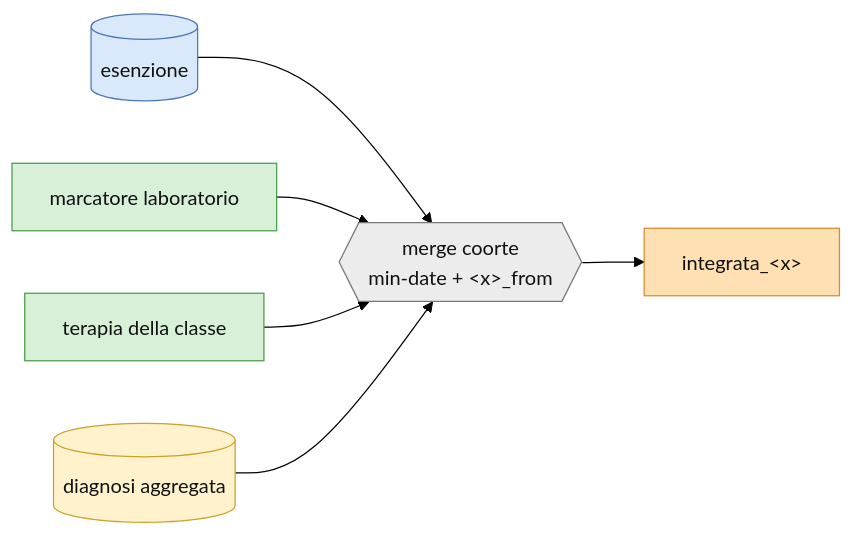
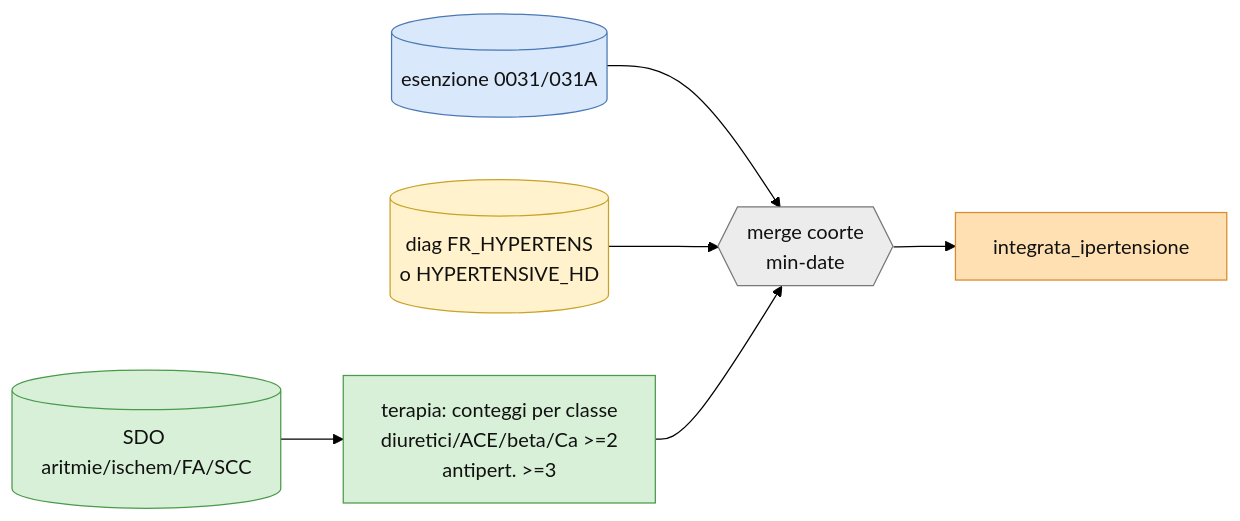
Before and after one commit to arjunascagnetto/OCVTS: the tenth of 27 diagrams in OCVTS.md, drawn with Mermaid (forest theme). The commit also changed other lines of this file, not shown here.

First line of the commit message:
Diagnosi: espanse SCC, FA, ipertensione, dislipidemia, anemia, RCVMA, ipercol familiare, microalbuminuria, obesita (+ diagrammi)

````diff
--- a/OCVTS.md
+++ b/OCVTS.md
@@ -640,13 +672,13 @@
 ```mermaid
 flowchart LR
-  esen[(esenzione)]:::l0 --> MIN{{merge coorte<br/>min-date + &lt;x&gt;_from}}:::tf
-  lab[marcatore laboratorio]:::l1 --> MIN
-  far[terapia della classe]:::l1 --> MIN
-  dg[(diagnosi aggregata)]:::l2 --> MIN
-  MIN --> OUT[integrata_&lt;x&gt;]:::out
+  ese[(esenzione 0031/031A)]:::l0 --> MIN{{merge coorte<br/>min-date}}:::tf
+  dia[(diag FR_HYPERTENS<br/>o HYPERTENSIVE_HD)]:::l2 --> MIN
+  far[terapia: conteggi per classe<br/>diuretici/ACE/beta/Ca >=2<br/>antipert. >=3]:::l1 --> MIN
+  sdo[(SDO aritmie/ischem/FA/SCC)]:::l1 --> far
+  MIN --> OUT[integrata_ipertensione]:::out
   classDef l0 fill:#d9e8fb,stroke:#4a78b5,color:#111;
   classDef l1 fill:#d7f0d7,stroke:#4a9a4a,color:#111;
   classDef l2 fill:#fff2cc,stroke:#c9a227,color:#111;
   classDef tf fill:#ececec,stroke:#777,color:#111;
   classDef out fill:#ffe0b3,stroke:#d98a2b,color:#111;
 ```
````
